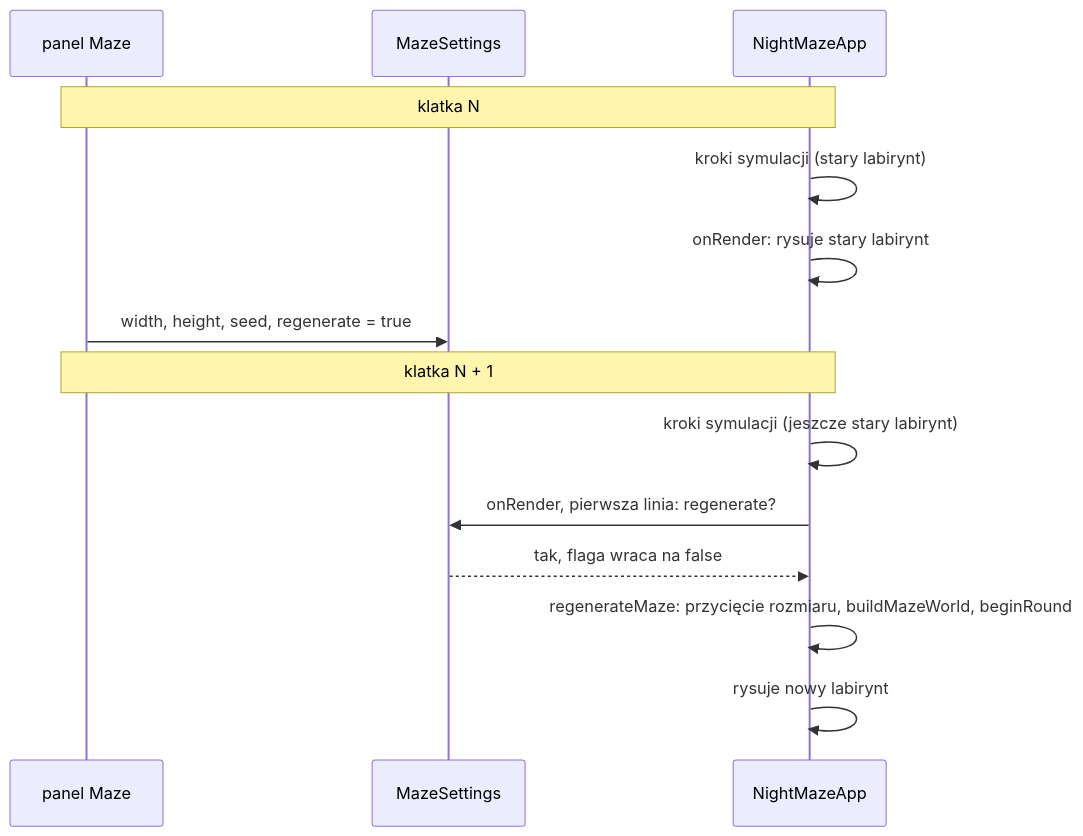
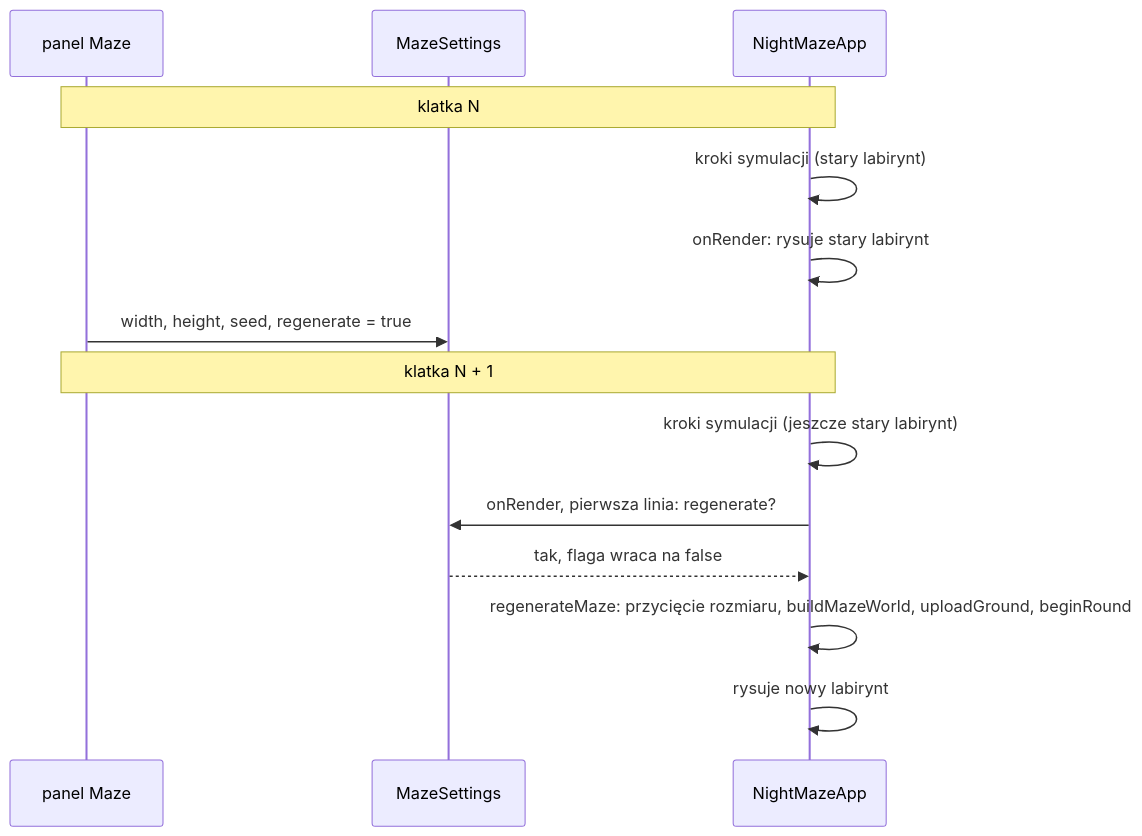
One commit to Shironex/night-maze changed the second of 2 diagrams in docs/modules/game/maze-rendering.md. Above: the diagram before and after it, drawn with Mermaid. The commit also changed other lines of this file and 30 other files, not shown here.

````diff
--- a/docs/modules/game/maze-rendering.md
+++ b/docs/modules/game/maze-rendering.md
@@ -149,16 +158,16 @@
 ```mermaid
 sequenceDiagram
     participant P as panel Maze
     participant S as MazeSettings
     participant A as NightMazeApp
     Note over P,A: klatka N
     A->>A: kroki symulacji (stary labirynt)
     A->>A: onRender: rysuje stary labirynt
     P->>S: width, height, seed, regenerate = true
     Note over P,A: klatka N + 1
     A->>A: kroki symulacji (jeszcze stary labirynt)
     A->>S: onRender, pierwsza linia: regenerate?
     S-->>A: tak, flaga wraca na false
-    A->>A: regenerateMaze: przycięcie rozmiaru, buildMazeWorld, beginRound
+    A->>A: regenerateMaze: przycięcie rozmiaru, buildMazeWorld, uploadGround, beginRound
     A->>A: rysuje nowy labirynt
 ```
````
